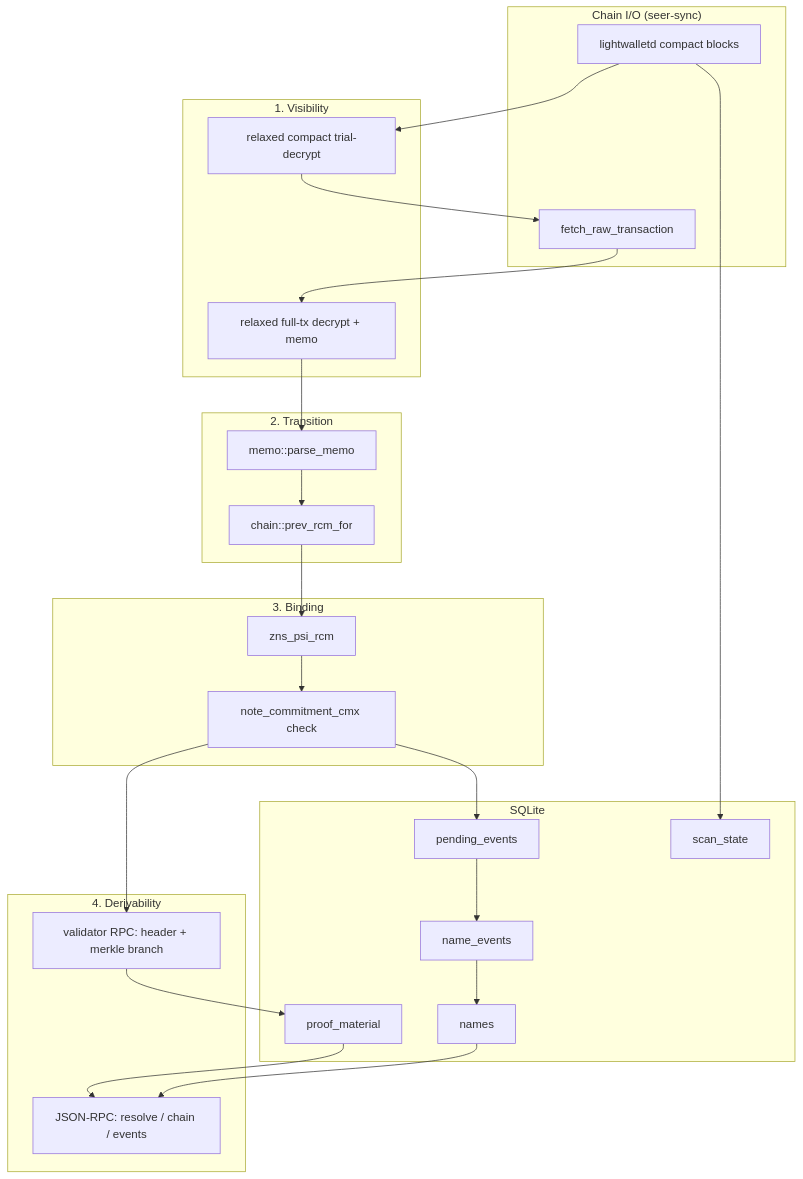
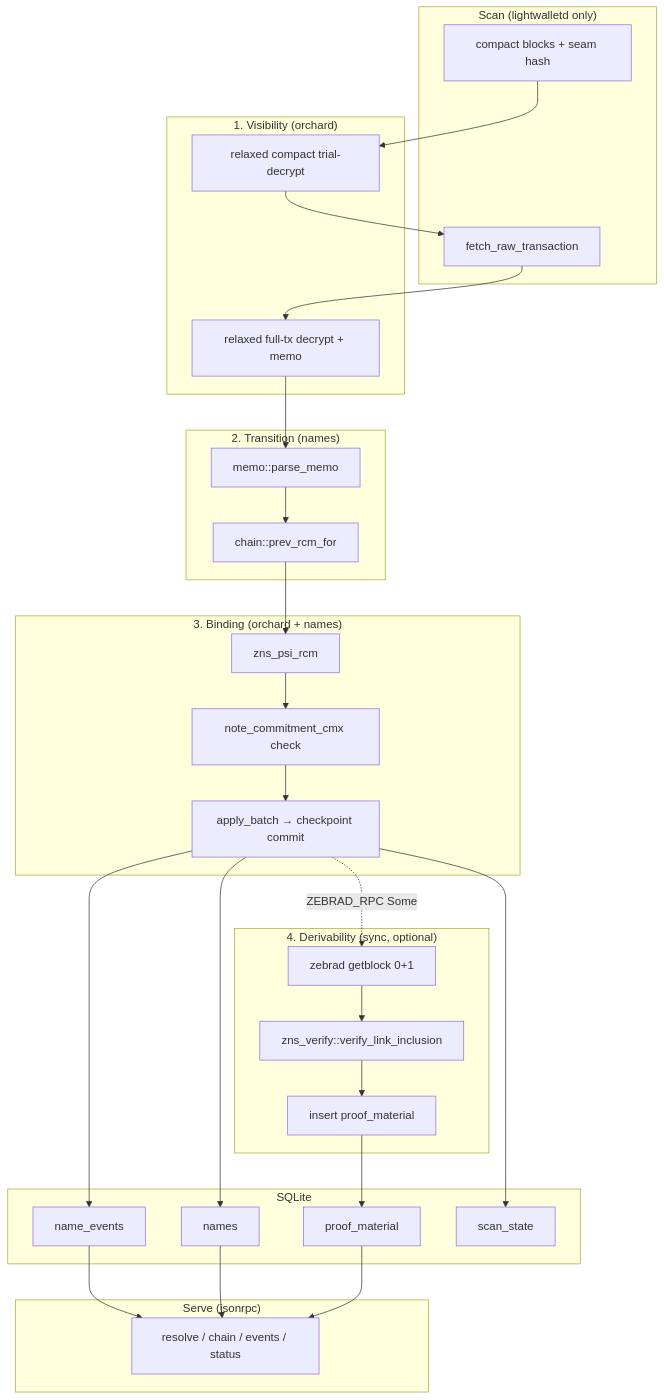
One commit to zcashme/zns-resolver changed the diagram in zcash name design.md. Above: the diagram before and after it, drawn with Mermaid. The commit also changed other lines of this file and 4 other files, not shown here.

First line of the commit message:
fix: zebrad proof material and hardcode INFO logging

````diff
--- a/zcash name design.md
+++ b/zcash name design.md
@@ -1,47 +7,52 @@
 ```mermaid
 flowchart TB
-    subgraph io ["Chain I/O (seer-sync)"]
-        LWD[lightwalletd compact blocks]
+    subgraph scan ["Scan (lightwalletd only)"]
+        LWD[compact blocks + seam hash]
         RAW[fetch_raw_transaction]
     end
 
-    subgraph vis ["1. Visibility"]
+    subgraph vis ["1. Visibility (orchard)"]
         COMPACT[relaxed compact trial-decrypt]
         FULL[relaxed full-tx decrypt + memo]
     end
 
-    subgraph trans ["2. Transition"]
+    subgraph trans ["2. Transition (names)"]
         MEMO[memo::parse_memo]
         CHAIN[chain::prev_rcm_for]
     end
 
-    subgraph bind ["3. Binding"]
+    subgraph bind ["3. Binding (orchard + names)"]
         PSI[zns_psi_rcm]
         CMX[note_commitment_cmx check]
+        APPLY[apply_batch → checkpoint commit]
     end
 
-    subgraph deriv ["4. Derivability"]
-        PROOF[validator RPC: header + merkle branch]
-        RPC[JSON-RPC: resolve / chain / events]
+    subgraph deriv ["4. Derivability (sync, optional)"]
+        ZEB[zebrad getblock 0+1]
+        INC[zns_verify::verify_link_inclusion]
+        MAT[insert proof_material]
+    end
+
+    subgraph rpc ["Serve (jsonrpc)"]
+        API[resolve / chain / events / status]
     end
 
     subgraph store ["SQLite"]
-        PE[pending_events]
         NE[name_events]
         N[names]
         PM[proof_material]
         SS[scan_state]
     end
 
     LWD --> COMPACT
     COMPACT --> RAW
     RAW --> FULL
-    FULL --> MEMO --> CHAIN --> PSI --> CMX
-    CMX --> PE
-    PE --> NE
-    NE --> N
-    CMX --> PROOF --> PM
-    N --> RPC
-    PM --> RPC
-    LWD --> SS
+    FULL --> MEMO --> CHAIN --> PSI --> CMX --> APPLY
+    APPLY --> NE
+    APPLY --> N
+    APPLY --> SS
+    APPLY -.->|ZEBRAD_RPC Some| ZEB --> INC --> MAT --> PM
+    NE --> API
+    N --> API
+    PM --> API
 ```
````
